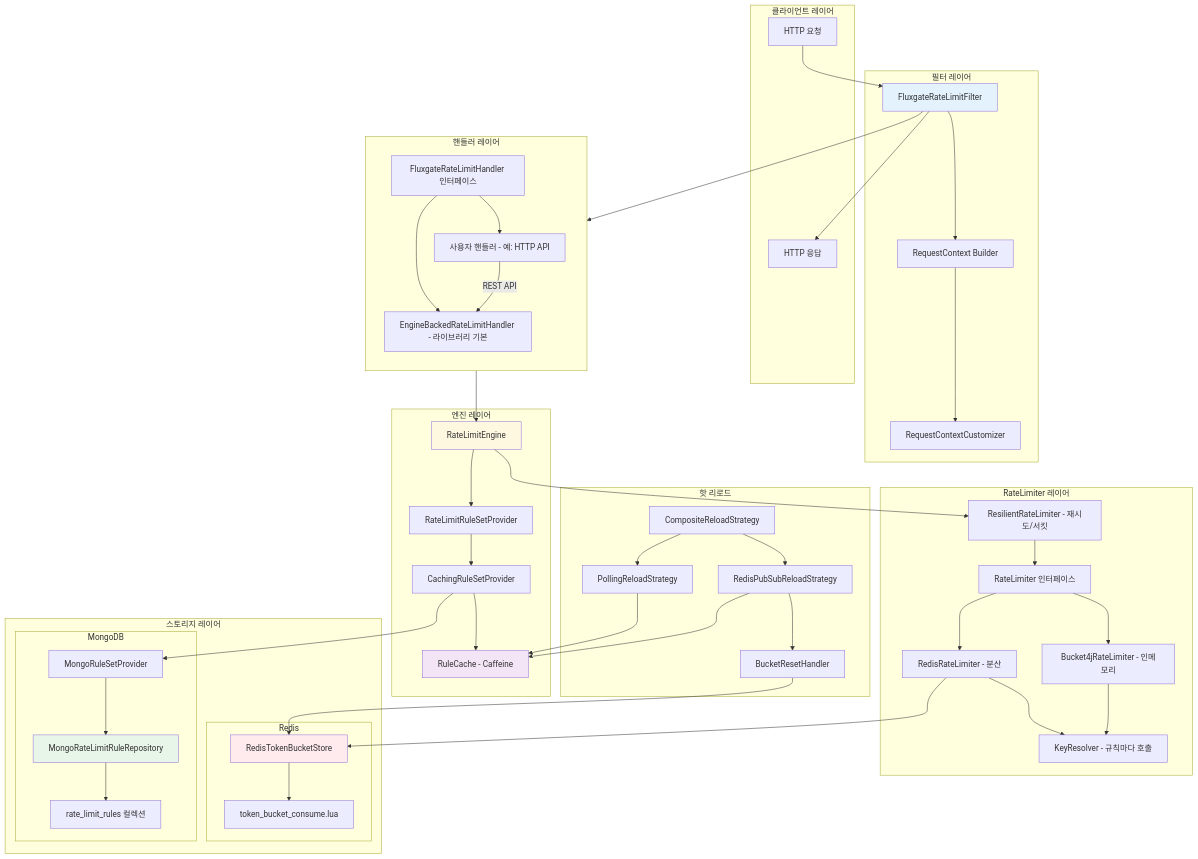
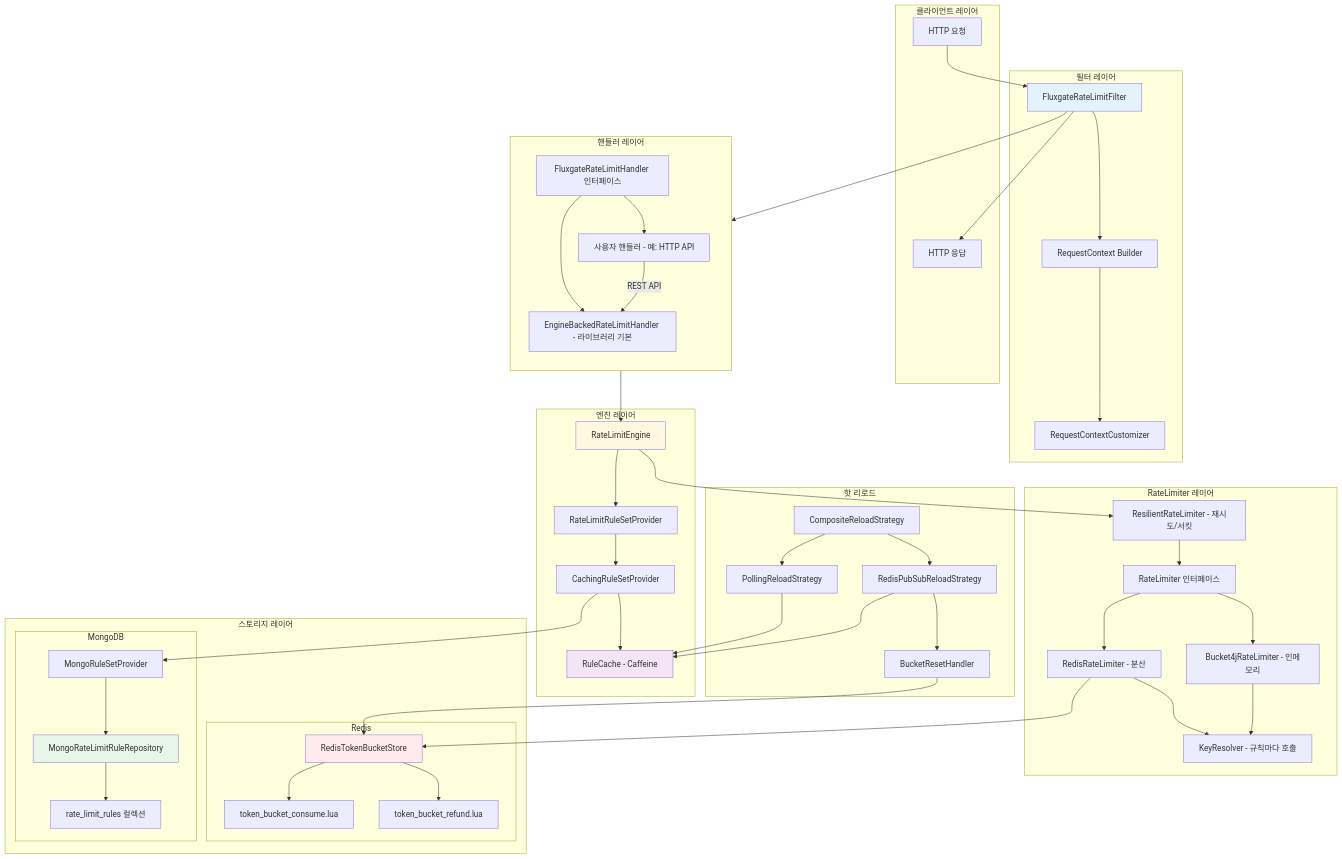
The diagram in docs/ARCHITECTURE_DEEP_DIVE.ko.md (OpenFluxGate/fluxgate), drawn with Mermaid before and after one commit. The commit also changed other lines of this file and 37 other files, not shown here.

First line of the commit message:
docs: align the changelog, guides and architecture docs with 0.4

```diff
--- a/docs/ARCHITECTURE_DEEP_DIVE.ko.md
+++ b/docs/ARCHITECTURE_DEEP_DIVE.ko.md
@@ -57,6 +57,7 @@
         subgraph Redis["Redis"]
             TBS[RedisTokenBucketStore]
             LUA[token_bucket_consume.lua]
+            REFUND[token_bucket_refund.lua]
         end
         subgraph MongoDB["MongoDB"]
             MPROV[MongoRuleSetProvider]
@@ -90,7 +91,7 @@
     RRL --> KEY
     B4J --> KEY
     RRL --> TBS
-    TBS --> LUA
+    TBS --> LUA & REFUND
     REPO --> COLL
     COMP --> POLL & PUBSUB
     POLL --> CACHE
```
